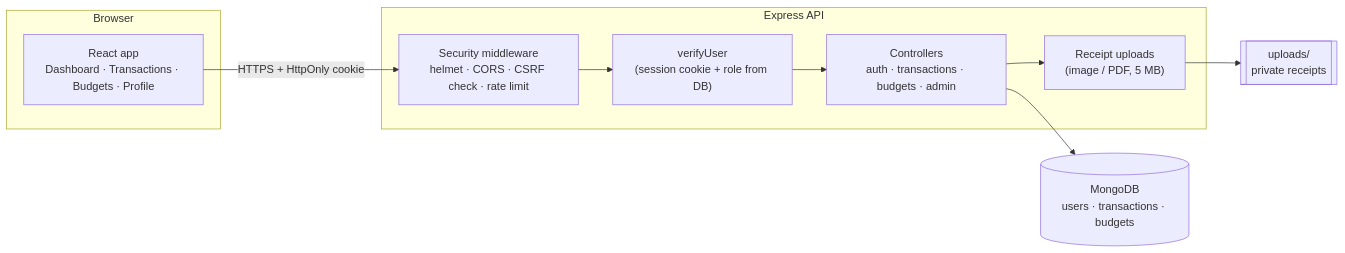
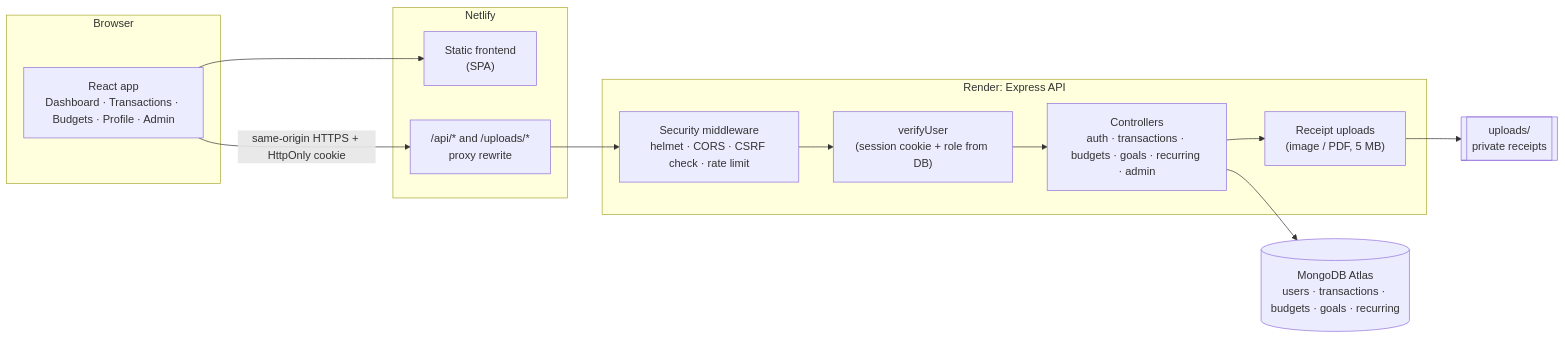
The diagram in README.md (bhoomikaaa20/FinTrack), drawn with Mermaid before and after one commit. The commit also changed other lines of this file and 1 other file, not shown here.

````diff
--- a/README.md
+++ b/README.md
@@ -95,20 +124,26 @@
 ```mermaid
 flowchart LR
     subgraph Browser
-        UI["React app<br/>Dashboard · Transactions · Budgets · Profile"]
+        UI["React app<br/>Dashboard · Transactions · Budgets · Profile · Admin"]
     end
 
-    subgraph API["Express API"]
+    subgraph Netlify
+        STATIC["Static frontend<br/>(SPA)"]
+        PROXY["/api/* and /uploads/*<br/>proxy rewrite"]
+    end
+
+    subgraph Render["Render: Express API"]
         MW["Security middleware<br/>helmet · CORS · CSRF check · rate limit"]
         AUTH["verifyUser<br/>(session cookie + role from DB)"]
-        CTRL["Controllers<br/>auth · transactions · budgets · admin"]
+        CTRL["Controllers<br/>auth · transactions · budgets · goals · recurring · admin"]
         UP["Receipt uploads<br/>(image / PDF, 5 MB)"]
     end
 
-    DB[(MongoDB<br/>users · transactions · budgets)]
+    DB[(MongoDB Atlas<br/>users · transactions · budgets · goals · recurring)]
     FS[[uploads/<br/>private receipts]]
 
-    UI -- "HTTPS + HttpOnly cookie" --> MW --> AUTH --> CTRL
+    UI --> STATIC
+    UI -- "same-origin HTTPS + HttpOnly cookie" --> PROXY --> MW --> AUTH --> CTRL
     CTRL --> DB
     CTRL --> UP --> FS
 ```
````
